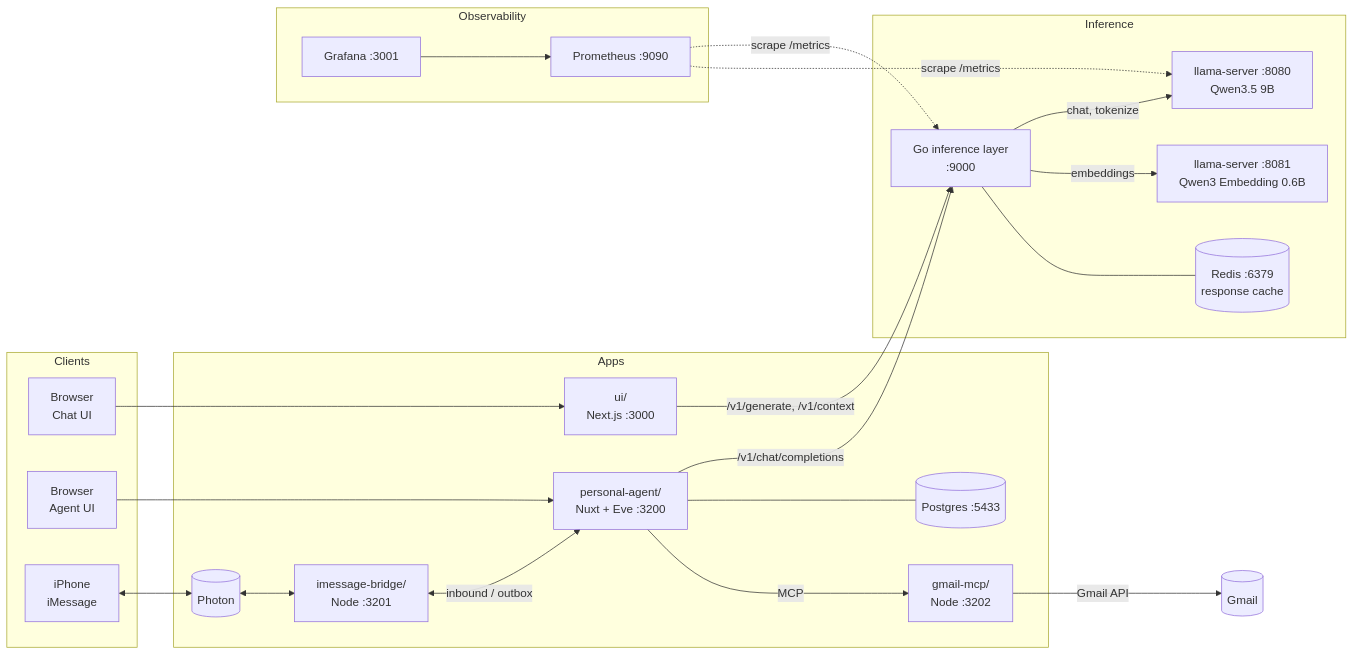
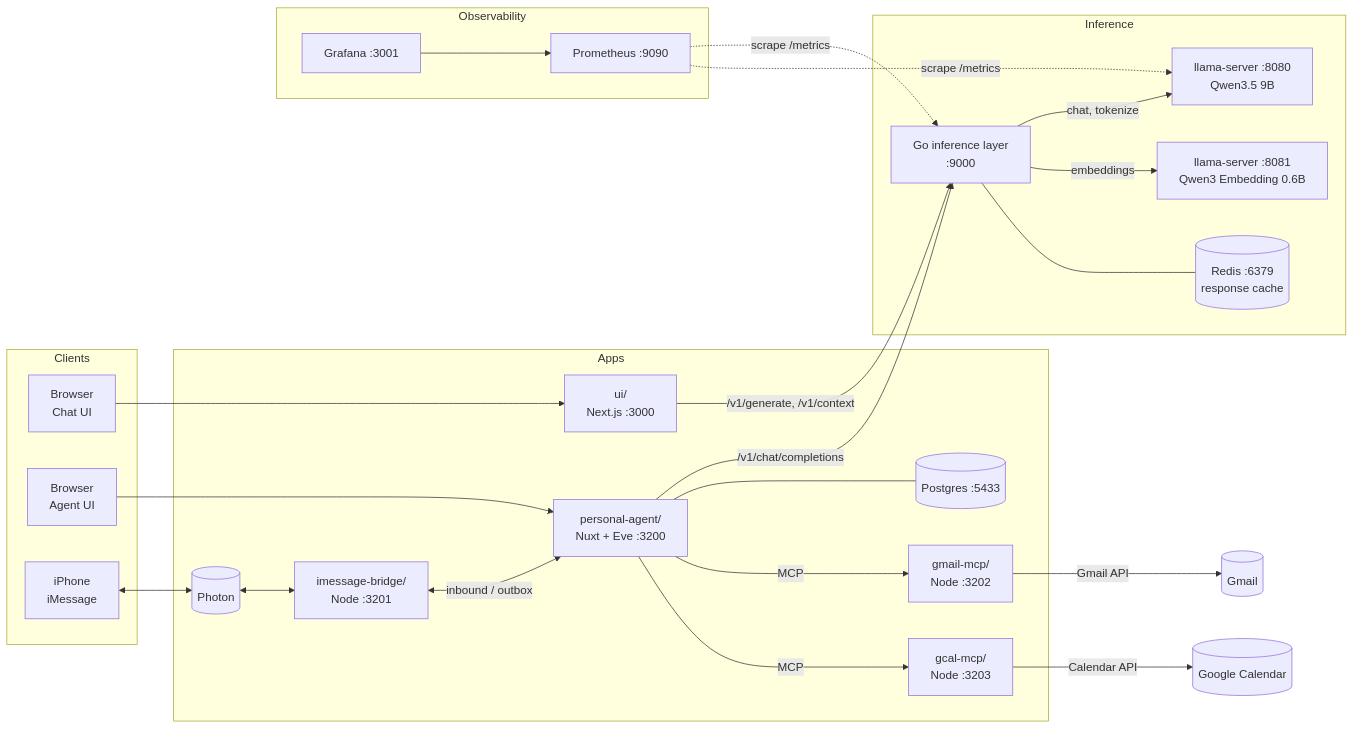
The diagram in README.md (ojas1542/MyInferenceLayerFoundation), drawn with Mermaid before and after one commit. The commit also changed other lines of this file and 19 other files, not shown here.

````diff
--- a/README.md
+++ b/README.md
@@ -8,41 +8,43 @@
 ```mermaid
 flowchart LR
   subgraph Clients
     B1[Browser<br/>Chat UI]
     B2[Browser<br/>Agent UI]
     P[iPhone<br/>iMessage]
   end
 
   subgraph Apps
     UI["ui/<br/>Next.js :3000"]
     AG["personal-agent/<br/>Nuxt + Eve :3200"]
     BR["imessage-bridge/<br/>Node :3201"]
     GM["gmail-mcp/<br/>Node :3202"]
+    GC["gcal-mcp/<br/>Node :3203"]
     PH[(Photon)]
     PG[(Postgres :5433)]
   end
 
   subgraph Inference
     GO["Go inference layer<br/>:9000"]
     RD[(Redis :6379<br/>response cache)]
     LC["llama-server :8080<br/>Qwen3.5 9B"]
     LE["llama-server :8081<br/>Qwen3 Embedding 0.6B"]
   end
 
   subgraph Observability
     PR[Prometheus :9090]
     GF[Grafana :3001]
   end
 
   B1 --> UI -->|/v1/generate, /v1/context| GO
   B2 --> AG -->|/v1/chat/completions| GO
   P <--> PH <--> BR <-->|inbound / outbox| AG
   AG --- PG
   AG -->|MCP| GM -->|Gmail API| GML[(Gmail)]
+  AG -->|MCP| GC -->|Calendar API| GCL[(Google Calendar)]
   GO -->|chat, tokenize| LC
   GO -->|embeddings| LE
   GO --- RD
   PR -.->|scrape /metrics| GO
   PR -.->|scrape /metrics| LC
   GF --> PR
 ```
````
